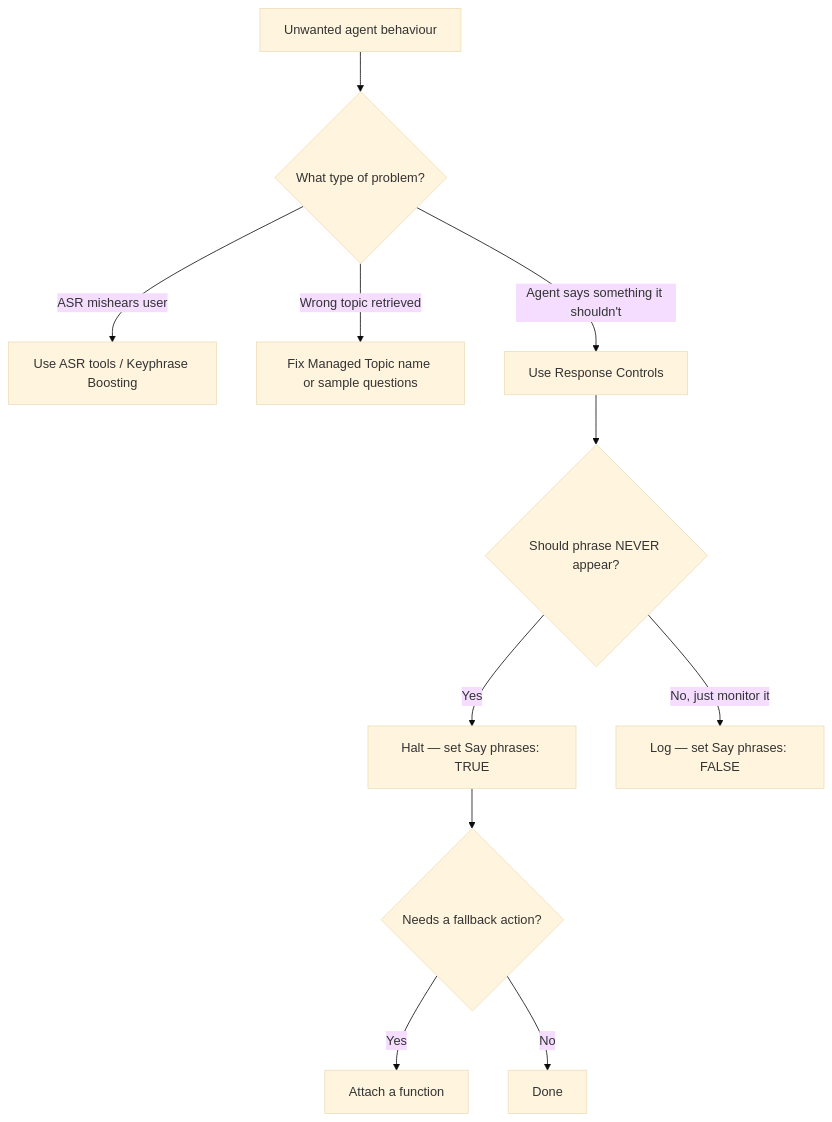
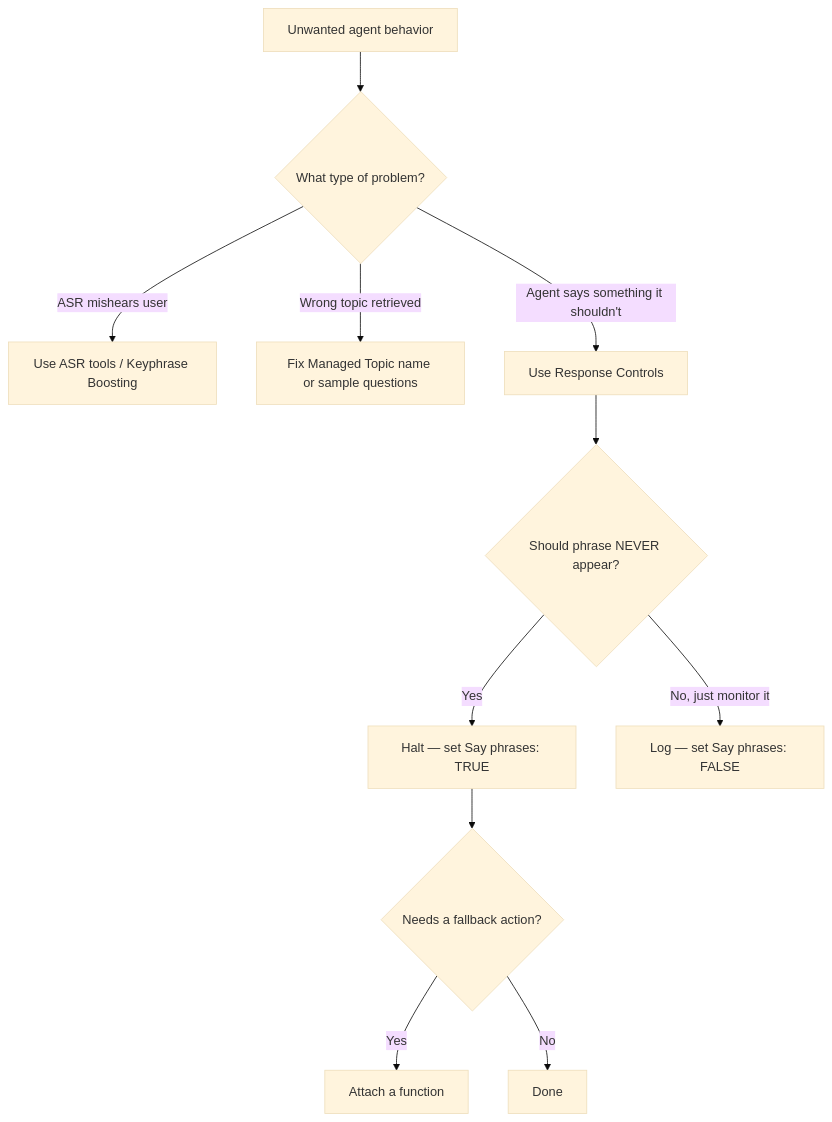
Before and after one commit to PolyAI-LDN/polyai-mintlify-doc: the diagram in learn/guides/advanced/response-control.mdx, drawn with Mermaid (base theme). The commit also changed other lines of this file and 38 other files, not shown here.

````diff
--- a/learn/guides/advanced/response-control.mdx
+++ b/learn/guides/advanced/response-control.mdx
@@ -42,13 +42,13 @@
 ```mermaid
 flowchart TD
-    A[Unwanted agent behaviour] --> B{What type of problem?}
+    A[Unwanted agent behavior] --> B{What type of problem?}
     B -->|ASR mishears user| C[Use ASR tools / Keyphrase Boosting]
     B -->|Wrong topic retrieved| D[Fix Managed Topic name or sample questions]
     B -->|Agent says something it shouldn't| E[Use Response Controls]
     E --> F{Should phrase NEVER appear?}
     F -->|Yes| G[Halt — set Say phrases: TRUE]
     F -->|No, just monitor it| H[Log — set Say phrases: FALSE]
     G --> I{Needs a fallback action?}
     I -->|Yes| J[Attach a function]
     I -->|No| K[Done]
 ```
````
